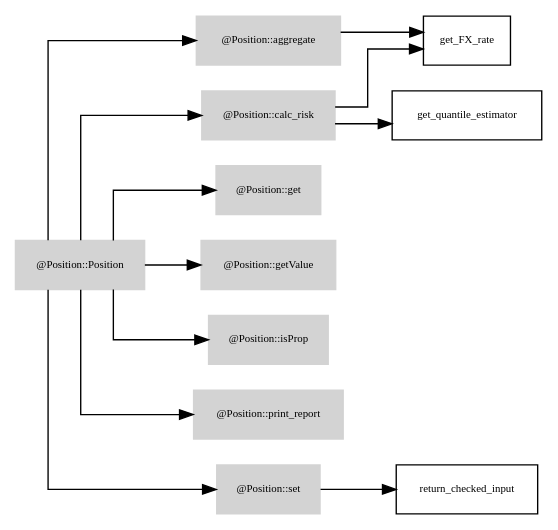
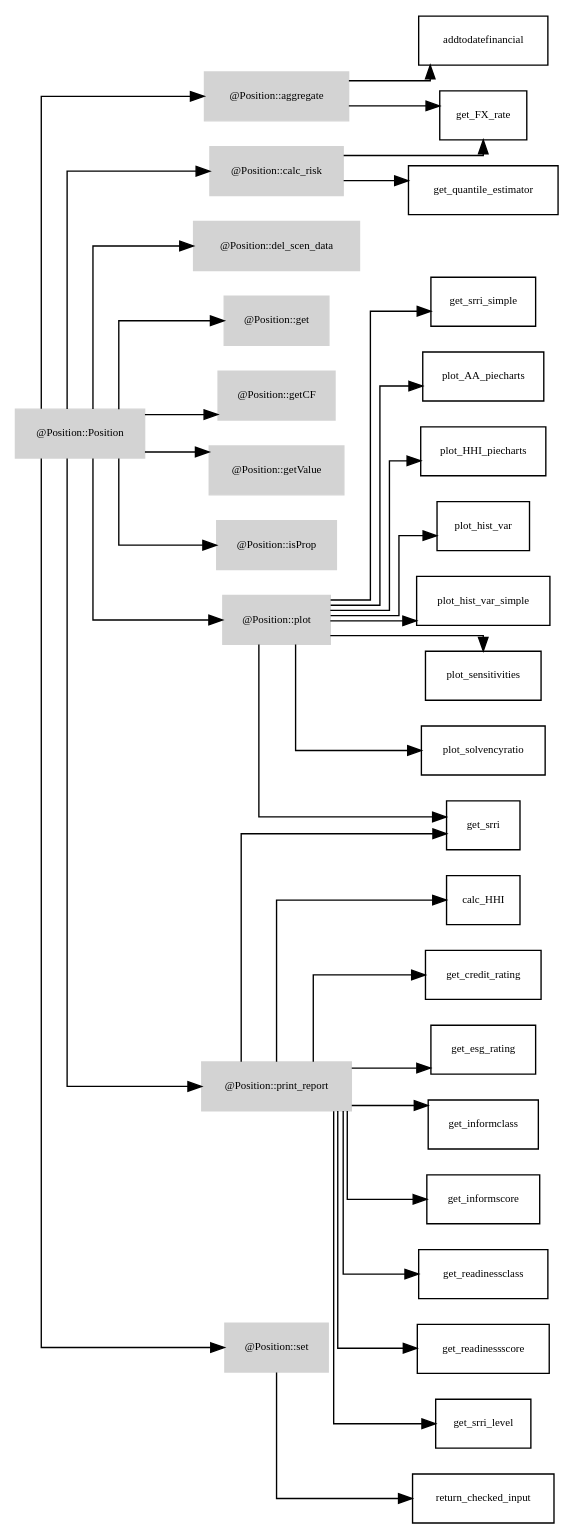
One commit to octarisk/documentation changed the diagram in graphviz_files/Position.dot. Above: the diagram before and after it, drawn with Graphviz. The commit also changed 127 other files, not shown here.

```diff
--- a/graphviz_files/Position.dot
+++ b/graphviz_files/Position.dot
@@ -1,31 +1,52 @@
 digraph G {
 	fontname = "Bitstream Vera Sans"
 	fontsize = 8
 	node [
 		fontname = "Bitstream Vera Sans"
 		fontsize = 8
 		shape = "record"
 	]
 	edge [
 		fontname = "Bitstream Vera Sans"
 		fontsize = 8
 	]
 	graph [splines=ortho];
 	rankdir=LR;
 	subgraph class_Position {
 		style=filled;
 		node [style=filled,color=lightgrey];
 		"@Position::Position" -> "@Position::aggregate"
 		"@Position::Position" -> "@Position::calc_risk"
+		"@Position::Position" -> "@Position::del_scen_data"
 		"@Position::Position" -> "@Position::get"
+		"@Position::Position" -> "@Position::getCF"
 		"@Position::Position" -> "@Position::getValue"
 		"@Position::Position" -> "@Position::isProp"
+		"@Position::Position" -> "@Position::plot"
 		"@Position::Position" -> "@Position::print_report"
 		"@Position::Position" -> "@Position::set"
 		label = "@Position";
 	}
+"@Position::aggregate" 	 -> 	 "addtodatefinancial"
 "@Position::aggregate" 	 -> 	 "get_FX_rate"
 "@Position::calc_risk" 	 -> 	 "get_FX_rate"
 "@Position::calc_risk" 	 -> 	 "get_quantile_estimator"
+"@Position::plot" 	 -> 	 "get_srri"
+"@Position::plot" 	 -> 	 "get_srri_simple"
+"@Position::plot" 	 -> 	 "plot_AA_piecharts"
+"@Position::plot" 	 -> 	 "plot_HHI_piecharts"
+"@Position::plot" 	 -> 	 "plot_hist_var"
+"@Position::plot" 	 -> 	 "plot_hist_var_simple"
+"@Position::plot" 	 -> 	 "plot_sensitivities"
+"@Position::plot" 	 -> 	 "plot_solvencyratio"
+"@Position::print_report" 	 -> 	 "calc_HHI"
+"@Position::print_report" 	 -> 	 "get_credit_rating"
+"@Position::print_report" 	 -> 	 "get_esg_rating"
+"@Position::print_report" 	 -> 	 "get_informclass"
+"@Position::print_report" 	 -> 	 "get_informscore"
+"@Position::print_report" 	 -> 	 "get_readinessclass"
+"@Position::print_report" 	 -> 	 "get_readinessscore"
+"@Position::print_report" 	 -> 	 "get_srri"
+"@Position::print_report" 	 -> 	 "get_srri_level"
 "@Position::set" 	 -> 	 "return_checked_input"
 }
```
